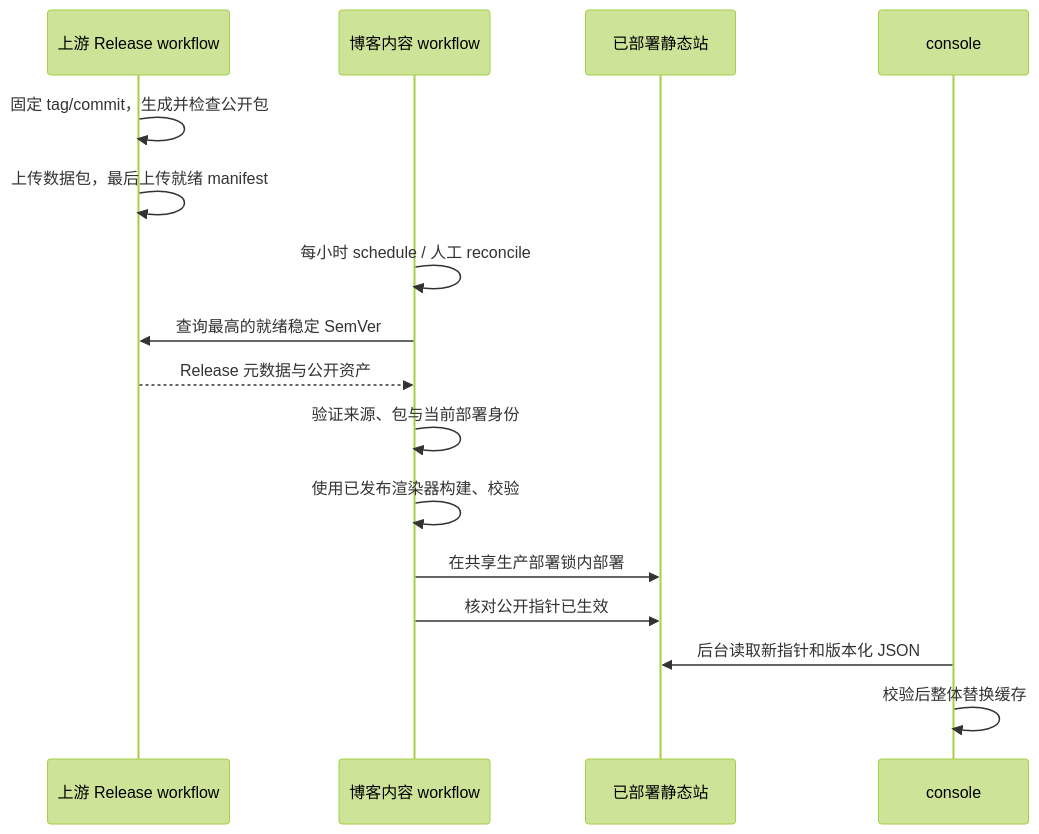
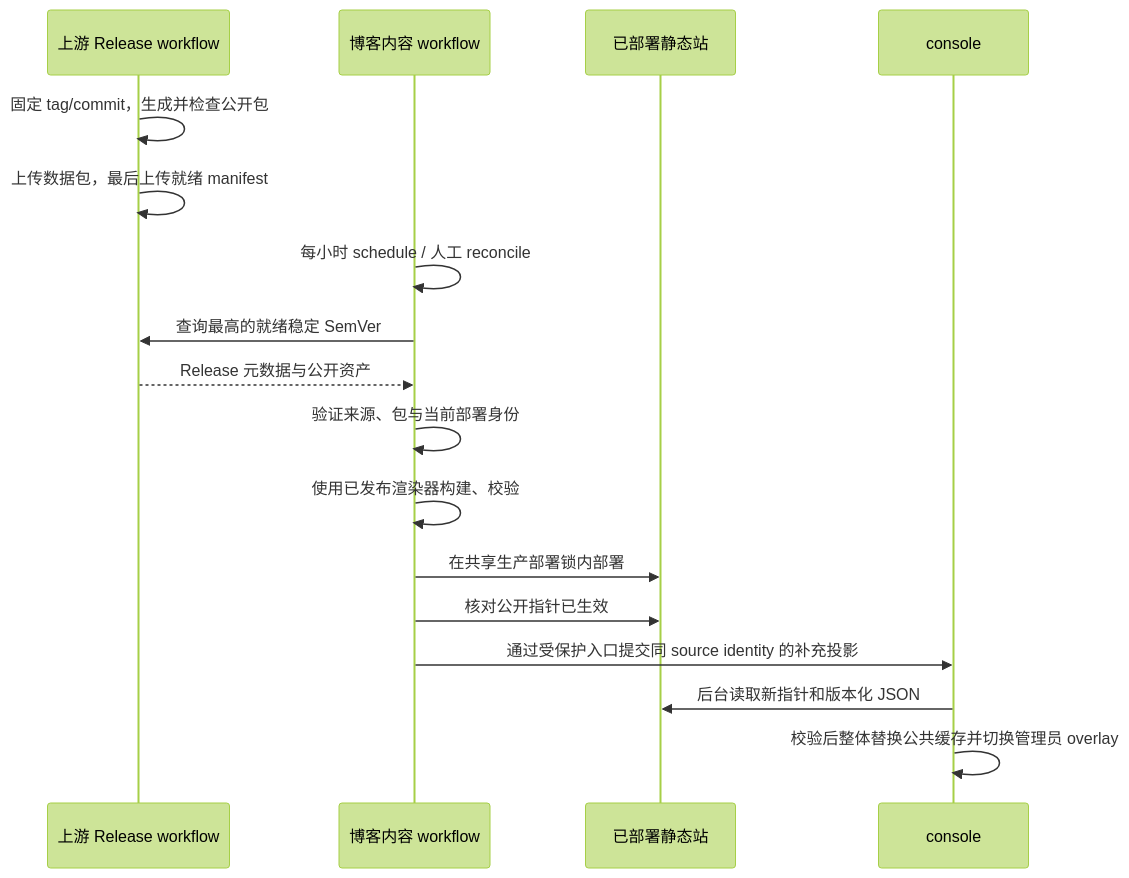
One commit to IvanLi-CN/blog-26 changed the diagram in docs/specs/style-playbook-integration/contracts/release-trigger.md. Above: the diagram before and after it, drawn with Mermaid (forest theme). The commit also changed other lines of this file and 15 other files, not shown here.

````diff
--- a/docs/specs/style-playbook-integration/contracts/release-trigger.md
+++ b/docs/specs/style-playbook-integration/contracts/release-trigger.md
@@ -16,18 +16,19 @@
 ```mermaid
 sequenceDiagram
   participant U as 上游 Release workflow
   participant B as 博客内容 workflow
   participant S as 已部署静态站
   participant C as console
   U->>U: 固定 tag/commit，生成并检查公开包
   U->>U: 上传数据包，最后上传就绪 manifest
   B->>B: 每小时 schedule / 人工 reconcile
   B->>U: 查询最高的就绪稳定 SemVer
   U-->>B: Release 元数据与公开资产
   B->>B: 验证来源、包与当前部署身份
   B->>B: 使用已发布渲染器构建、校验
   B->>S: 在共享生产部署锁内部署
   B->>S: 核对公开指针已生效
+  B->>C: 通过受保护入口提交同 source identity 的补充投影
   C->>S: 后台读取新指针和版本化 JSON
-  C->>C: 校验后整体替换缓存
+  C->>C: 校验后整体替换公共缓存并切换管理员 overlay
 ```
````
